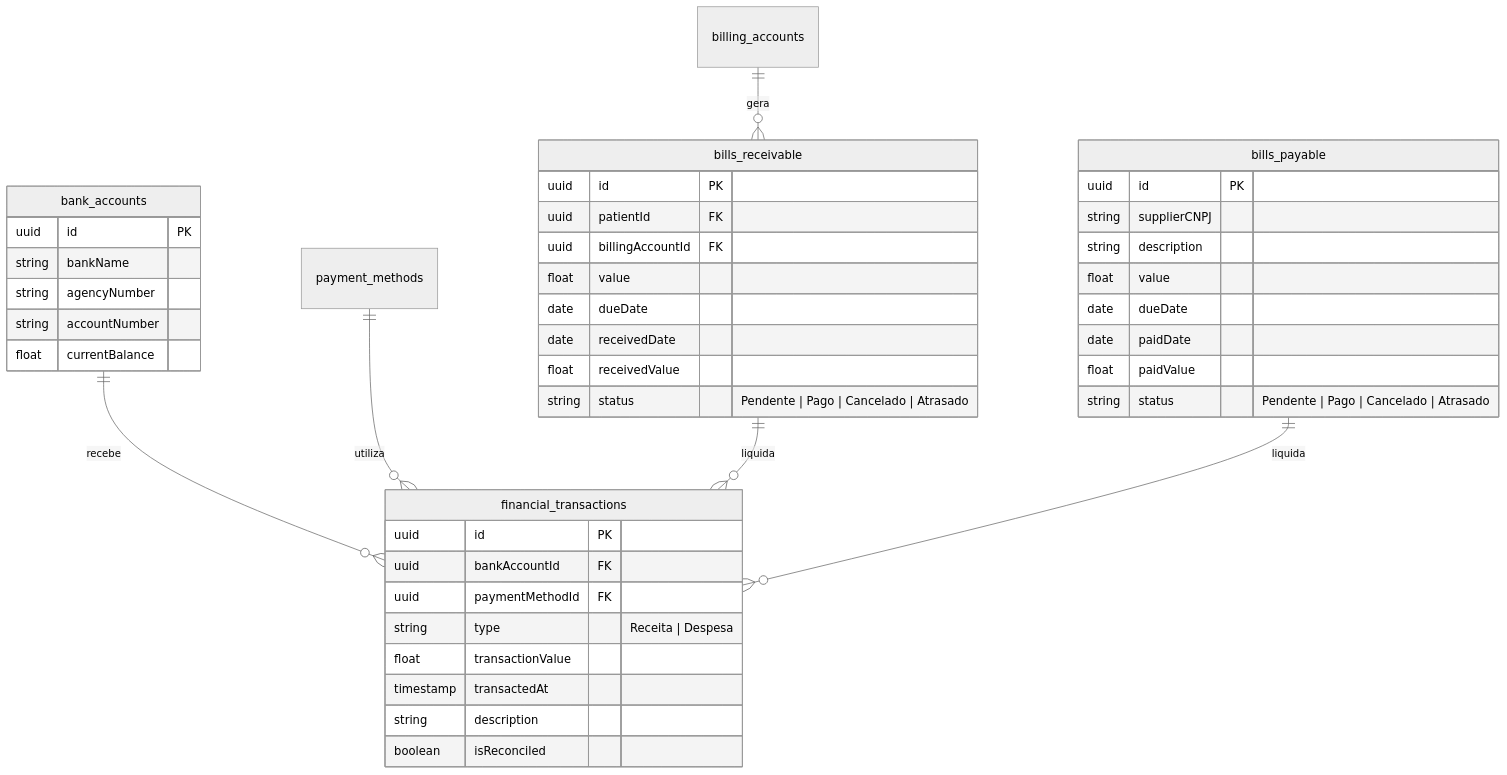
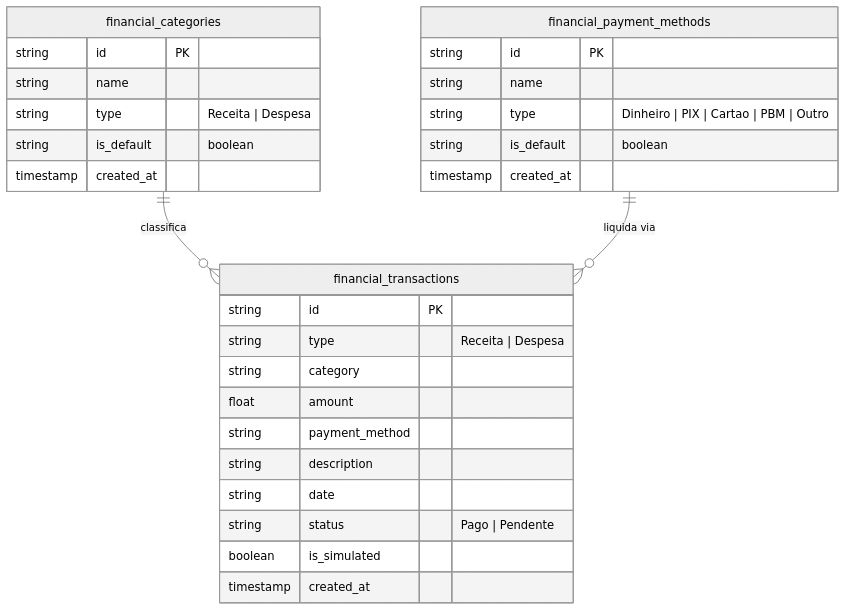
One commit to Mazzarowysk/crm-clinico-farmaceutic changed the second of 2 diagrams in docs/03-Requisitos/11-financeiro.md. Above: the diagram before and after it, drawn with Mermaid (neutral theme). The commit also changed other lines of this file and 4 other files, not shown here.

````diff
--- a/docs/03-Requisitos/11-financeiro.md
+++ b/docs/03-Requisitos/11-financeiro.md
@@ -41,46 +47,32 @@
 ```mermaid
 erDiagram
-    bank_accounts ||--o{ financial_transactions : "recebe"
-    payment_methods ||--o{ financial_transactions : "utiliza"
-    billing_accounts ||--o{ bills_receivable : "gera"
-    bills_receivable ||--o{ financial_transactions : "liquida"
-    bills_payable ||--o{ financial_transactions : "liquida"
+    financial_categories ||--o{ financial_transactions : "classifica"
+    financial_payment_methods ||--o{ financial_transactions : "liquida via"
 
-    bank_accounts {
-        uuid id PK
-        string bankName
-        string agencyNumber
-        string accountNumber
-        float currentBalance
+    financial_categories {
+        string id PK
+        string name
+        string type "Receita | Despesa"
+        string is_default "boolean"
+        timestamp created_at
     }
-    bills_receivable {
-        uuid id PK
-        uuid patientId FK
-        uuid billingAccountId FK
-        float value
-        date dueDate
-        date receivedDate
-        float receivedValue
-        string status "Pendente | Pago | Cancelado | Atrasado"
-    }
-    bills_payable {
-        uuid id PK
-        string supplierCNPJ
-        string description
-        float value
-        date dueDate
-        date paidDate
-        float paidValue
-        string status "Pendente | Pago | Cancelado | Atrasado"
+    financial_payment_methods {
+        string id PK
+        string name
+        string type "Dinheiro | PIX | Cartao | PBM | Outro"
+        string is_default "boolean"
+        timestamp created_at
     }
     financial_transactions {
-        uuid id PK
-        uuid bankAccountId FK
-        uuid paymentMethodId FK
+        string id PK
         string type "Receita | Despesa"
-        float transactionValue
-        timestamp transactedAt
+        string category
+        float amount
+        string payment_method
         string description
-        boolean isReconciled
+        string date
+        string status "Pago | Pendente"
+        boolean is_simulated
+        timestamp created_at
     }
 ```
````
